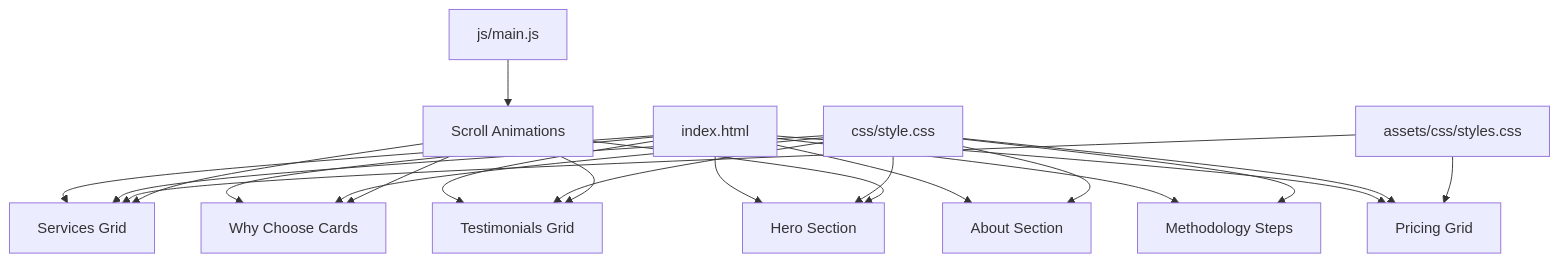
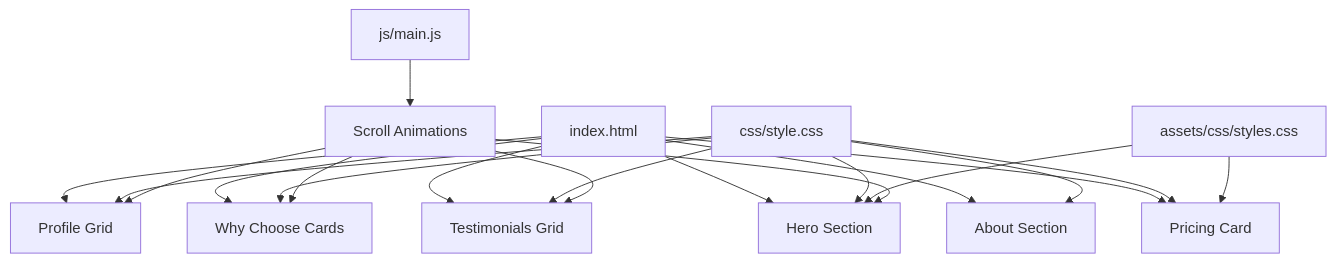
One commit to lynchip/graduates changed the first of 7 diagrams in .qoder/repowiki/en/content/Core Features/Service Showcase/Service Showcase.md. Above: the diagram before and after it, drawn with Mermaid. The commit also changed other lines of this file and 12 other files, not shown here.

Commit message:
Clarify level requirements in hero FAQ card

````diff
--- a/.qoder/repowiki/en/content/Core Features/Service Showcase/Service Showcase.md
+++ b/.qoder/repowiki/en/content/Core Features/Service Showcase/Service Showcase.md
@@ -36,24 +44,22 @@
 ```mermaid
 graph TB
 Index["index.html"] --> Hero["Hero Section"]
 Index --> About["About Section"]
-Index --> Services["Services Grid"]
-Index --> Method["Methodology Steps"]
+Index --> Testimonials["Testimonials Grid"]
+Index --> Profile["Profile Grid"]
 Index --> Reasons["Why Choose Cards"]
-Index --> Testimonials["Testimonials Grid"]
-Index --> Pricing["Pricing Grid"]
+Index --> Pricing["Pricing Card"]
 StyleCSS["css/style.css"] --> Hero
 StyleCSS --> About
-StyleCSS --> Services
-StyleCSS --> Method
+StyleCSS --> Profile
 StyleCSS --> Reasons
 StyleCSS --> Testimonials
 StyleCSS --> Pricing
-AssetsStyles["assets/css/styles.css"] --> Services
+AssetsStyles["assets/css/styles.css"] --> Hero
 AssetsStyles --> Pricing
 JSMain["js/main.js"] --> Animations["Scroll Animations"]
-Animations --> Services
+Animations --> Profile
 Animations --> Reasons
 Animations --> Testimonials
 Animations --> Hero
 ```
````
